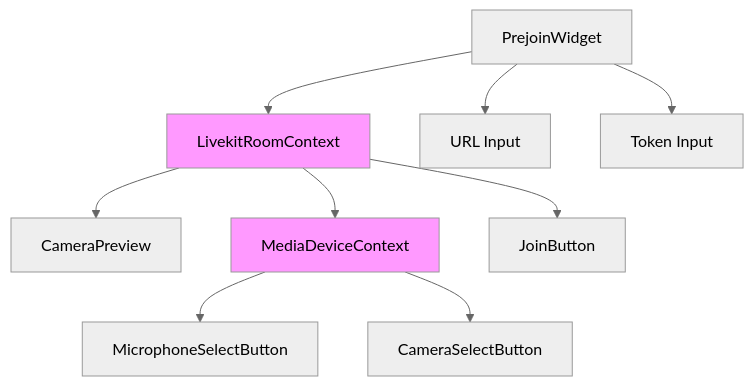
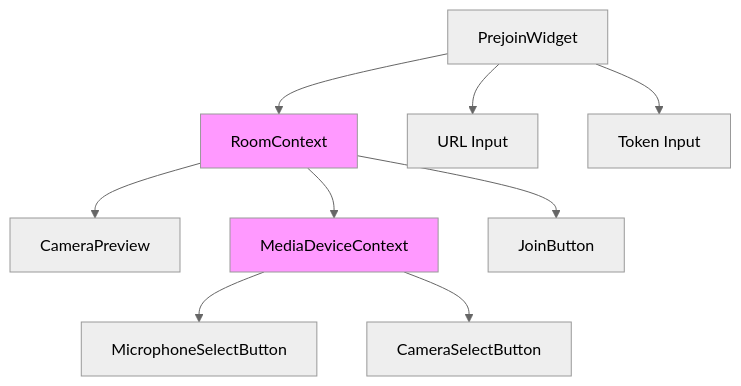
Before and after one commit to vineeth-vk11/components-flutter: the third of 4 diagrams in docs/flowchart.md, drawn with Mermaid (neutral theme). The commit also changed other lines of this file, not shown here.

````diff
--- a/docs/flowchart.md
+++ b/docs/flowchart.md
@@ -41,14 +41,14 @@
 ```mermaid
 flowchart TD
-A[PrejoinWidget] --> B[LivekitRoomContext]
+A[PrejoinWidget] --> B[RoomContext]
 style B fill:#f9f
 B --> C[CameraPreview]
 B --> D[MediaDeviceContext]
 style D fill:#f9f
 D --> E[MicrophoneSelectButton]
 D --> F[CameraSelectButton]
 
 A --> G1[URL Input]
 A --> G2[Token Input]
 B --> G3[JoinButton]
 ```
````
